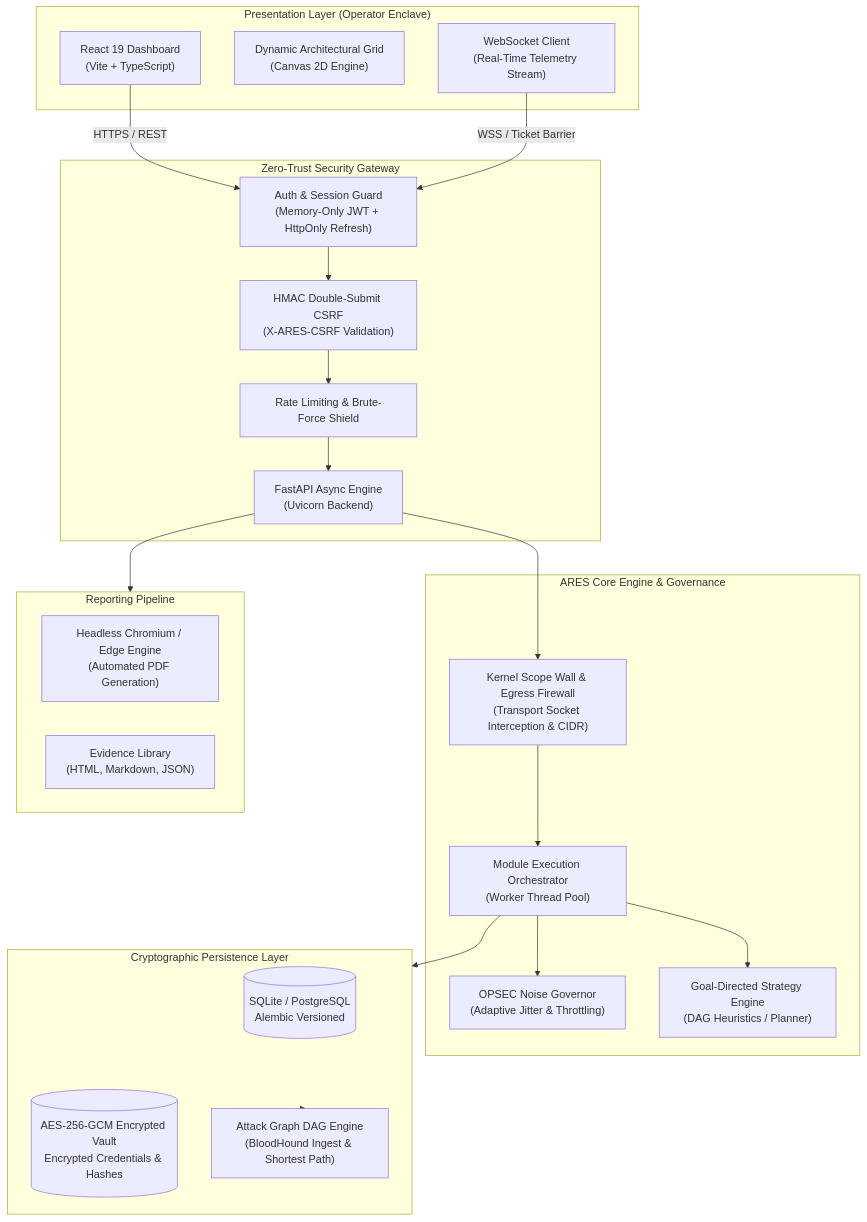
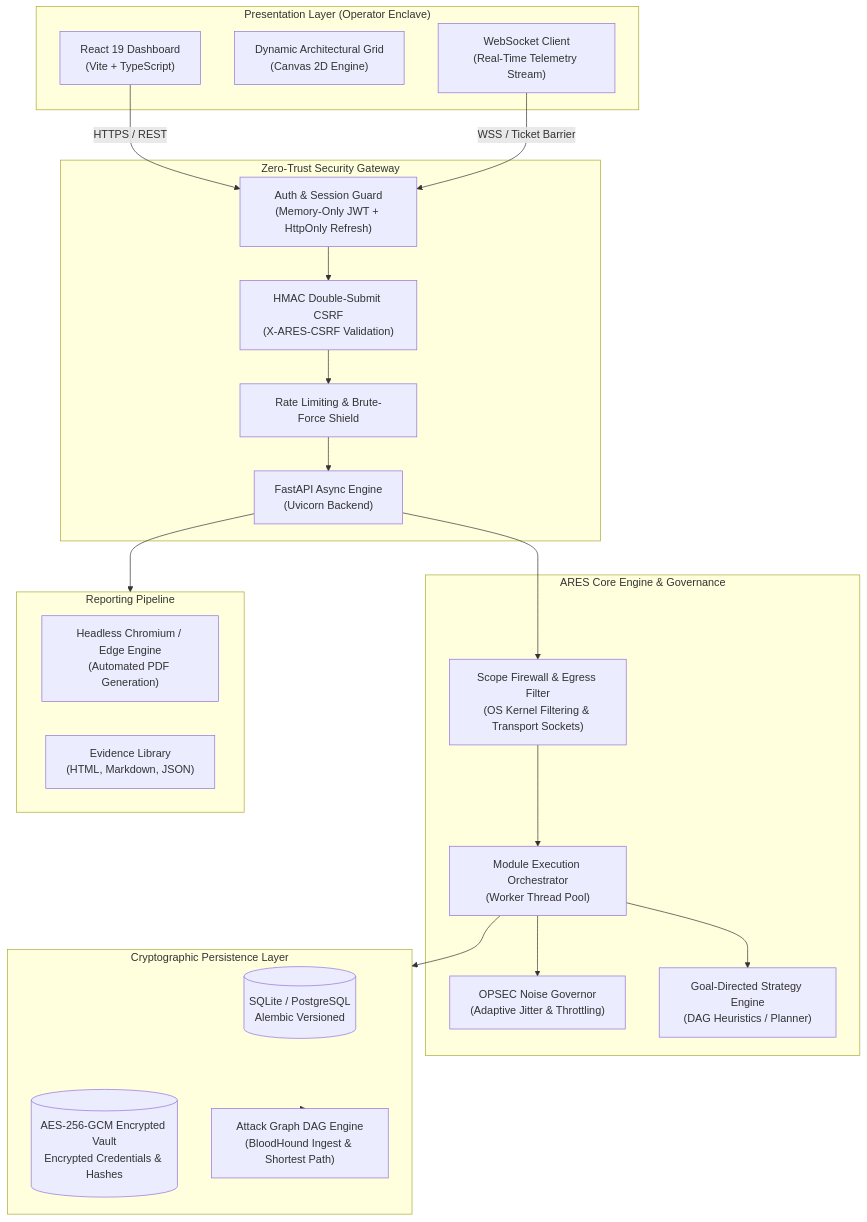
One commit to Mafifrizi/ARES changed the diagram in README.md. Above: the diagram before and after it, drawn with Mermaid. The commit also changed other lines of this file and 19 other files, not shown here.

First line of the commit message:
feat(security): implement dual-layer OS scope firewall and standardize 256-bit AES-256-GCM encryption

````diff
--- a/README.md
+++ b/README.md
@@ -410,44 +410,44 @@
 ```mermaid
 flowchart TB
     subgraph Client["Presentation Layer (Operator Enclave)"]
         UI["React 19 Dashboard<br>(Vite + TypeScript)"]
         Mesh["Dynamic Architectural Grid<br>(Canvas 2D Engine)"]
         WSClient["WebSocket Client<br>(Real-Time Telemetry Stream)"]
     end
 
     subgraph Gateway["Zero-Trust Security Gateway"]
         FastAPI["FastAPI Async Engine<br>(Uvicorn Backend)"]
         AuthGuard["Auth & Session Guard<br>(Memory-Only JWT + HttpOnly Refresh)"]
         CSRF["HMAC Double-Submit CSRF<br>(X-ARES-CSRF Validation)"]
         RateLimit["Rate Limiting & Brute-Force Shield"]
     end
 
     subgraph Core["ARES Core Engine & Governance"]
-        ScopeFirewall["Kernel Scope Wall & Egress Firewall<br>(Transport Socket Interception & CIDR)"]
+        ScopeFirewall["Scope Firewall & Egress Filter<br>(OS Kernel Filtering & Transport Sockets)"]
         Governor["OPSEC Noise Governor<br>(Adaptive Jitter & Throttling)"]
         Orchestrator["Module Execution Orchestrator<br>(Worker Thread Pool)"]
         AutoPlanner["Goal-Directed Strategy Engine<br>(DAG Heuristics / Planner)"]
     end
 
     subgraph Storage["Cryptographic Persistence Layer"]
         DB[(SQLite / PostgreSQL<br>Alembic Versioned)]
         Vault[(AES-256-GCM Encrypted Vault<br>Encrypted Credentials & Hashes)]
         GraphEngine["Attack Graph DAG Engine<br>(BloodHound Ingest & Shortest Path)"]
     end
 
     subgraph Deliverables["Reporting Pipeline"]
         PDFGen["Headless Chromium / Edge Engine<br>(Automated PDF Generation)"]
         Artifacts["Evidence Library<br>(HTML, Markdown, JSON)"]
     end
 
     UI -->|HTTPS / REST| AuthGuard
     WSClient -->|WSS / Ticket Barrier| AuthGuard
     AuthGuard --> CSRF --> RateLimit --> FastAPI
     FastAPI --> ScopeFirewall
     ScopeFirewall --> Orchestrator
     Orchestrator --> Governor
     Orchestrator --> AutoPlanner
     Orchestrator --> Storage
     Storage --> GraphEngine
     FastAPI --> Deliverables
 ```
````
